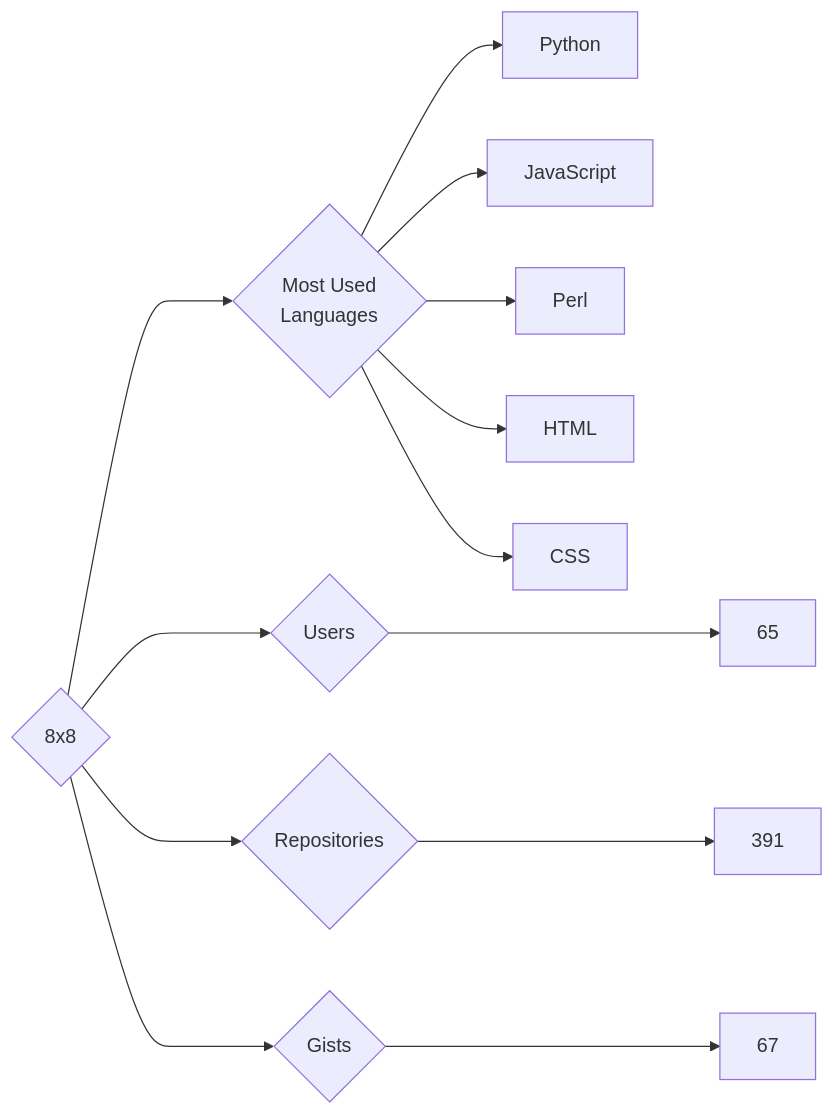
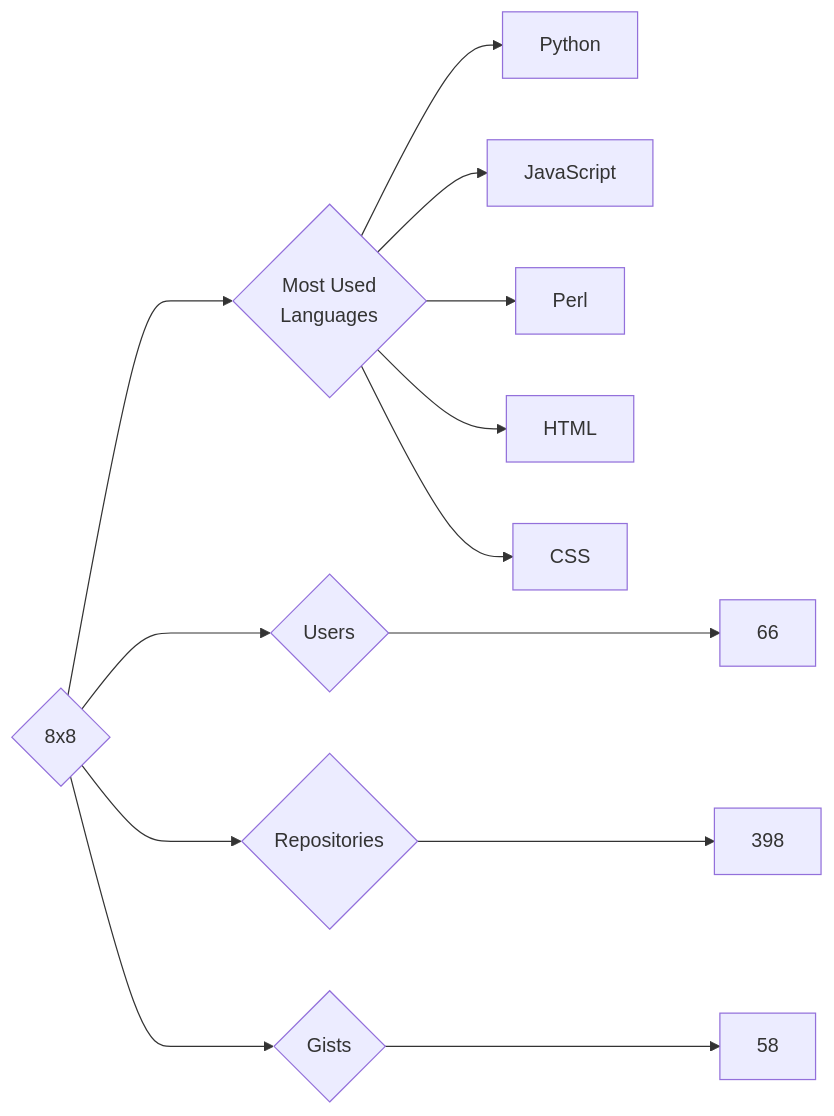
The diagram in targets/8x8/README.md (trickest/insiders), drawn with Mermaid before and after one commit. The commit also changed 1092 other files, not shown here.

````diff
--- a/targets/8x8/README.md
+++ b/targets/8x8/README.md
@@ -3,13 +3,13 @@
 ```mermaid
 graph LR
 COMPANY_NAME{8x8}
-COMPANY_NAME ---> U{Users} ---> UN[65]
-COMPANY_NAME ---> R{Repositories} ---> RN[391]
-COMPANY_NAME ---> G{Gists} ---> GN[67]
+COMPANY_NAME ---> U{Users} ---> UN[66]
+COMPANY_NAME ---> R{Repositories} ---> RN[398]
+COMPANY_NAME ---> G{Gists} ---> GN[58]
 COMPANY_NAME ---> ML{Most Used<br>Languages}
 ML --> Python[Python]
 ML --> JavaScript[JavaScript]
 ML --> Perl[Perl]
 ML --> HTML[HTML]
 ML --> CSS[CSS]
 ```
````
